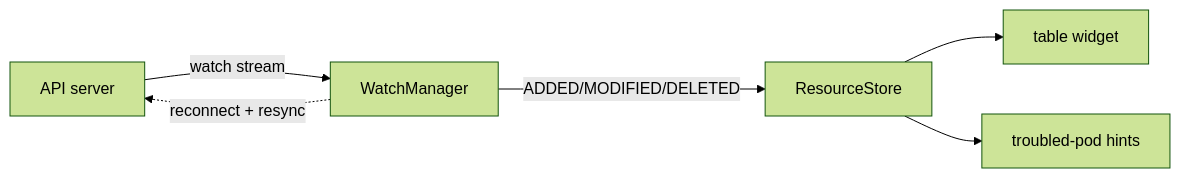
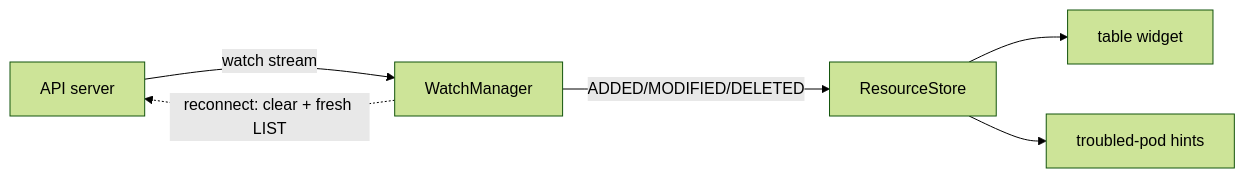
Before and after one commit to hellices/korvid: the sixth of 7 diagrams in docs/dev/specs/2026-08-12-korvid-architecture.md, drawn with Mermaid (forest theme). The commit also changed other lines of this file, not shown here.

First line of the commit message:
docs: correct seven claims the architecture doc overstated

````diff
--- a/docs/dev/specs/2026-08-12-korvid-architecture.md
+++ b/docs/dev/specs/2026-08-12-korvid-architecture.md
@@ -334,8 +352,8 @@
 ```mermaid
 flowchart LR
     API["API server"] -->|watch stream| WM["WatchManager"]
     WM -->|ADDED/MODIFIED/DELETED| RS["ResourceStore"]
     RS --> TBL["table widget"]
     RS --> HINT["troubled-pod hints"]
-    WM -.reconnect + resync.-> API
+    WM -.reconnect: clear + fresh LIST.-> API
 ```
````
